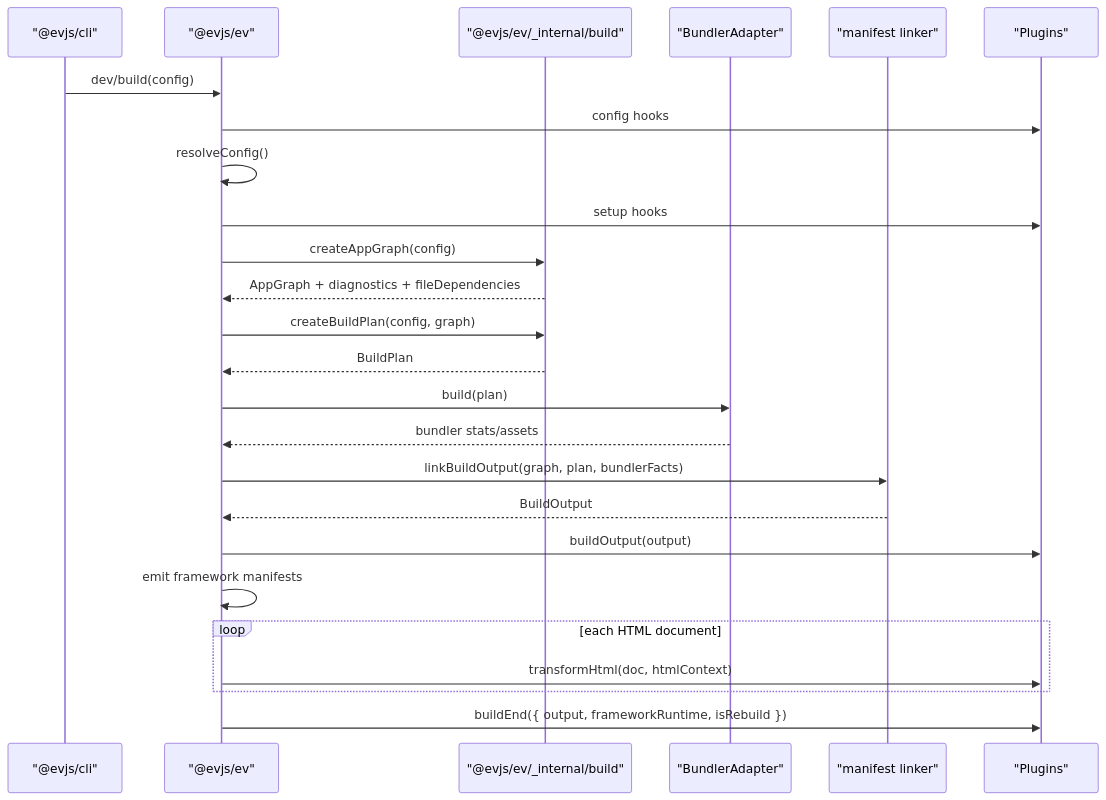
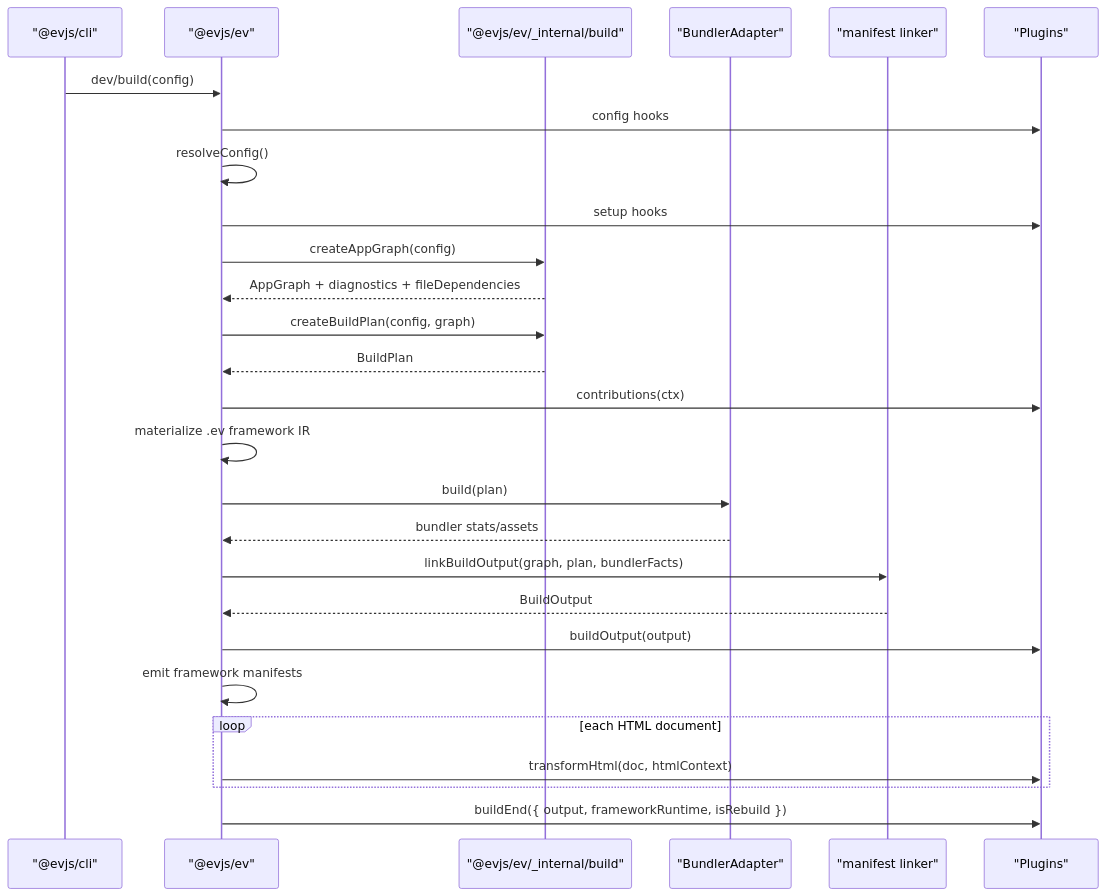
One commit to binhanchen25-arch/evjs changed the first of 3 diagrams in docs/docs/architecture.md. Above: the diagram before and after it, drawn with Mermaid. The commit also changed other lines of this file and 75 other files, not shown here.

````diff
--- a/docs/docs/architecture.md
+++ b/docs/docs/architecture.md
@@ -160,28 +163,30 @@
 ```mermaid
 sequenceDiagram
   participant CLI as "@evjs/cli"
   participant EV as "@evjs/ev"
   participant Tools as "@evjs/ev/_internal/build"
   participant Bundler as "BundlerAdapter"
   participant Manifest as "manifest linker"
   participant Plugins as "Plugins"
 
   CLI->>EV: dev/build(config)
   EV->>Plugins: config hooks
   EV->>EV: resolveConfig()
   EV->>Plugins: setup hooks
   EV->>Tools: createAppGraph(config)
   Tools-->>EV: AppGraph + diagnostics + fileDependencies
   EV->>Tools: createBuildPlan(config, graph)
   Tools-->>EV: BuildPlan
+  EV->>Plugins: contributions(ctx)
+  EV->>EV: materialize .ev framework IR
   EV->>Bundler: build(plan)
   Bundler-->>EV: bundler stats/assets
   EV->>Manifest: linkBuildOutput(graph, plan, bundlerFacts)
   Manifest-->>EV: BuildOutput
   EV->>Plugins: buildOutput(output)
   EV->>EV: emit framework manifests
   loop each HTML document
     EV->>Plugins: transformHtml(doc, htmlContext)
   end
   EV->>Plugins: buildEnd({ output, frameworkRuntime, isRebuild })
 ```
````
